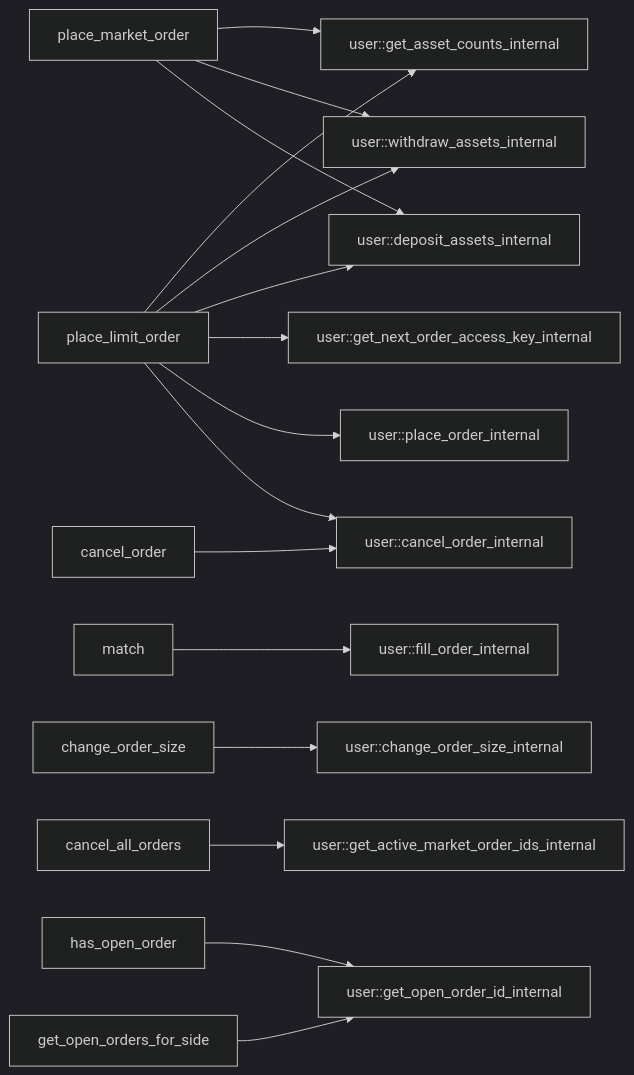
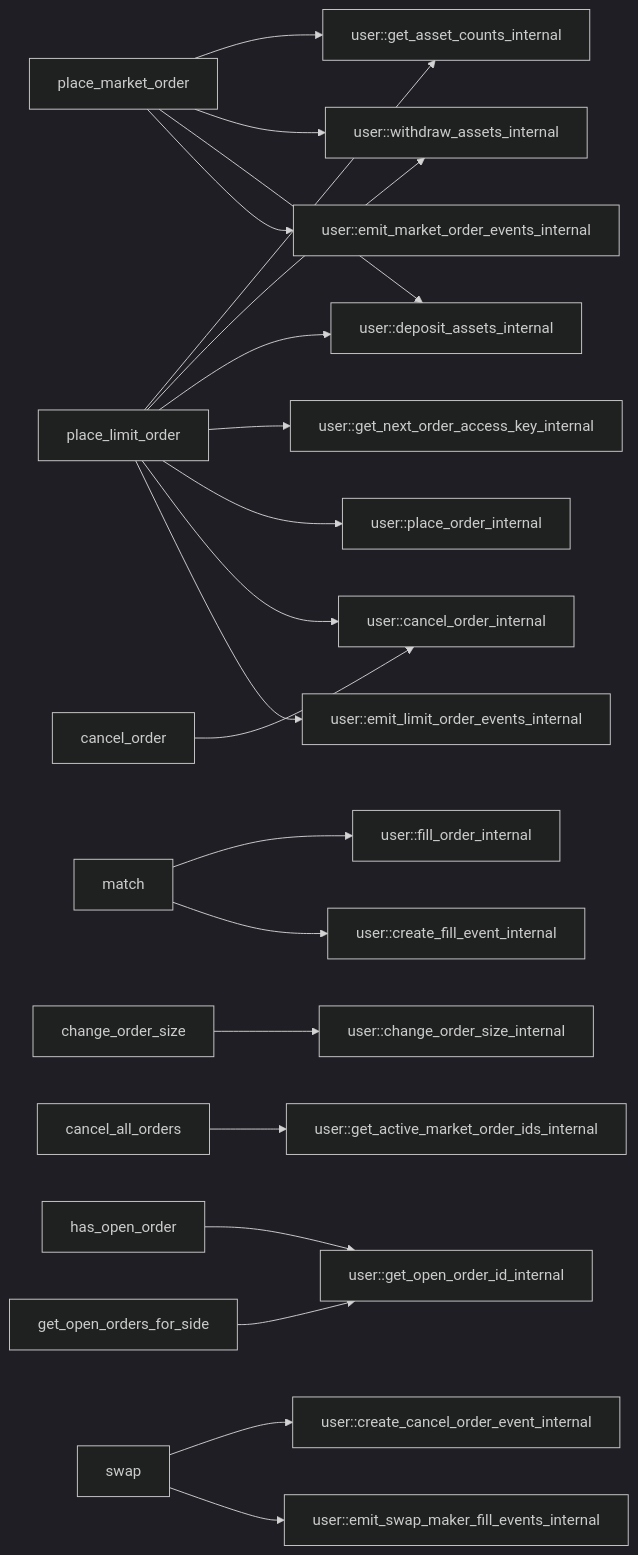
The tenth of 10 diagrams in src/move/econia/doc/market.md (econia-labs/econia), drawn with Mermaid (dark theme) before and after one commit. The commit also changed other lines of this file and 5 other files, not shown here.

````diff
--- a/src/move/econia/doc/market.md
+++ b/src/move/econia/doc/market.md
@@ -456,28 +480,34 @@
 ``` mermaid
 
 flowchart LR
 
 place_limit_order --> user::get_asset_counts_internal
 place_limit_order --> user::withdraw_assets_internal
 place_limit_order --> user::deposit_assets_internal
 place_limit_order --> user::get_next_order_access_key_internal
 place_limit_order --> user::place_order_internal
 place_limit_order --> user::cancel_order_internal
+place_limit_order --> user::emit_limit_order_events_internal
 
 place_market_order --> user::get_asset_counts_internal
 place_market_order --> user::withdraw_assets_internal
 place_market_order --> user::deposit_assets_internal
+place_market_order --> user::emit_market_order_events_internal
 
 match --> user::fill_order_internal
+match --> user::create_fill_event_internal
 
 change_order_size --> user::change_order_size_internal
 
 cancel_order --> user::cancel_order_internal
 
 cancel_all_orders --> user::get_active_market_order_ids_internal
 
 has_open_order --> user::get_open_order_id_internal
 
 get_open_orders_for_side --> user::get_open_order_id_internal
 
+swap --> user::create_cancel_order_event_internal
+swap --> user::emit_swap_maker_fill_events_internal
+
 ```
````
